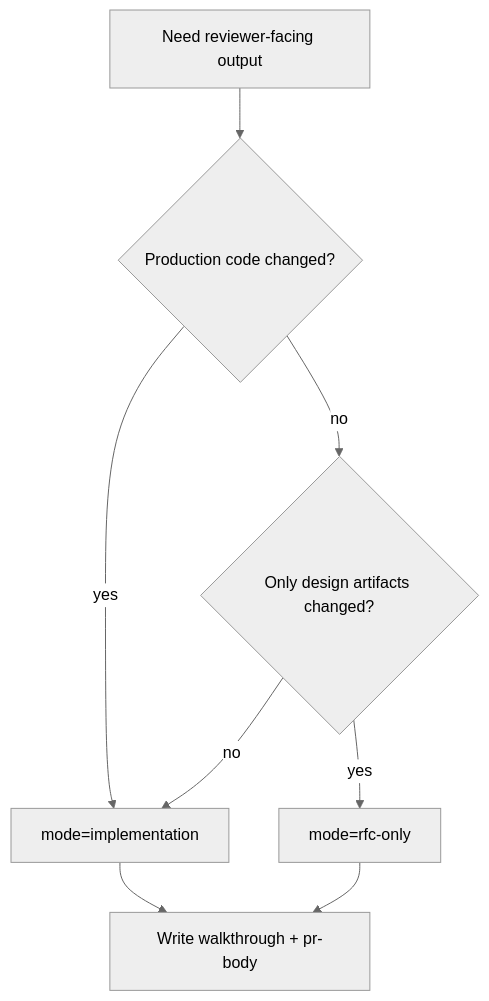
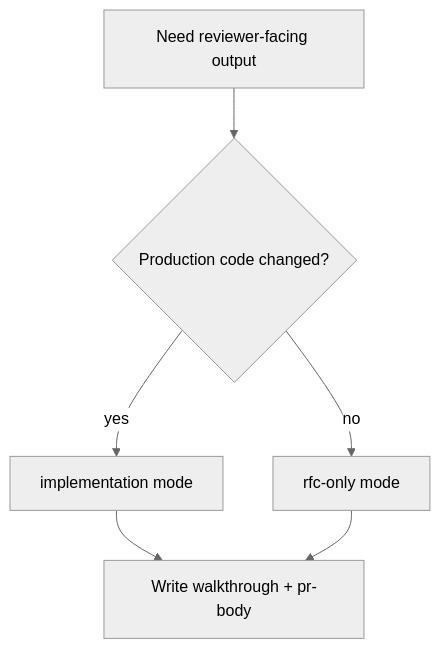
The diagram in skills/report-walkthrough/SKILL.md (Thrimbda/legion-mind), drawn with Mermaid (neutral theme) before and after one commit. The commit also changed other lines of this file and 147 other files, not shown here.

````diff
--- a/skills/report-walkthrough/SKILL.md
+++ b/skills/report-walkthrough/SKILL.md
@@ -20,10 +31,8 @@
 ```mermaid
 flowchart TD
     A[Need reviewer-facing output] --> B{Production code changed?}
-    B -- yes --> C[mode=implementation]
-    B -- no --> D{Only design artifacts changed?}
-    D -- yes --> E[mode=rfc-only]
-    D -- no --> C
-    C --> F[Write walkthrough + pr-body]
-    E --> F
+    B -- yes --> C[implementation mode]
+    B -- no --> D[rfc-only mode]
+    C --> E[Write walkthrough + pr-body]
+    D --> E
 ```
````
